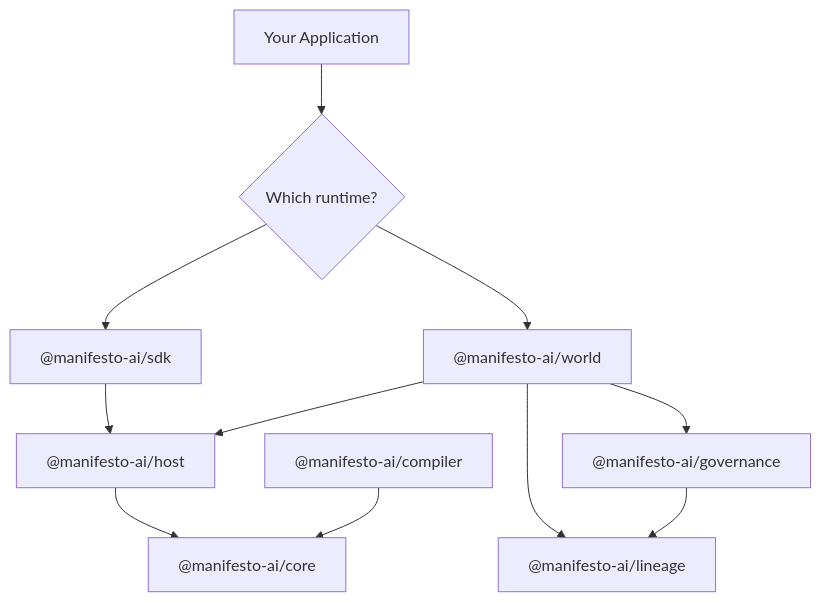
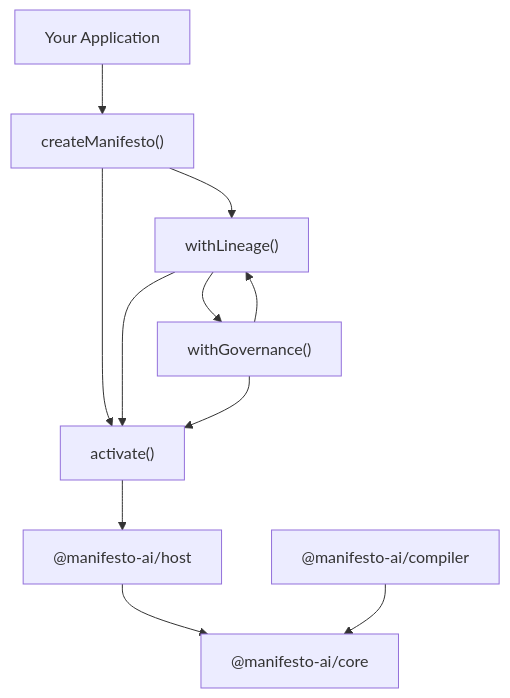
The diagram in docs/api/index.md (manifesto-ai/core), drawn with Mermaid before and after one commit. The commit also changed other lines of this file and 96 other files, not shown here.

````diff
--- a/docs/api/index.md
+++ b/docs/api/index.md
@@ -41,13 +40,13 @@
 ```mermaid
 flowchart TB
-  APP["Your Application"] --> CHOICE{"Which runtime?"}
-  CHOICE --> SDK["@manifesto-ai/sdk"]
-  CHOICE --> WORLD["@manifesto-ai/world"]
-  SDK --> HOST["@manifesto-ai/host"]
-  WORLD --> GOV["@manifesto-ai/governance"]
-  WORLD --> LIN["@manifesto-ai/lineage"]
-  WORLD --> HOST
+  APP["Your Application"] --> SDK["createManifesto()"]
+  SDK --> ACT["activate()"]
+  SDK --> LIN["withLineage()"]
+  LIN --> GOV["withGovernance()"]
+  LIN --> ACT
+  GOV --> ACT
+  ACT --> HOST["@manifesto-ai/host"]
   HOST --> CORE["@manifesto-ai/core"]
   GOV --> LIN
   COMP["@manifesto-ai/compiler"] --> CORE
 ```
````
